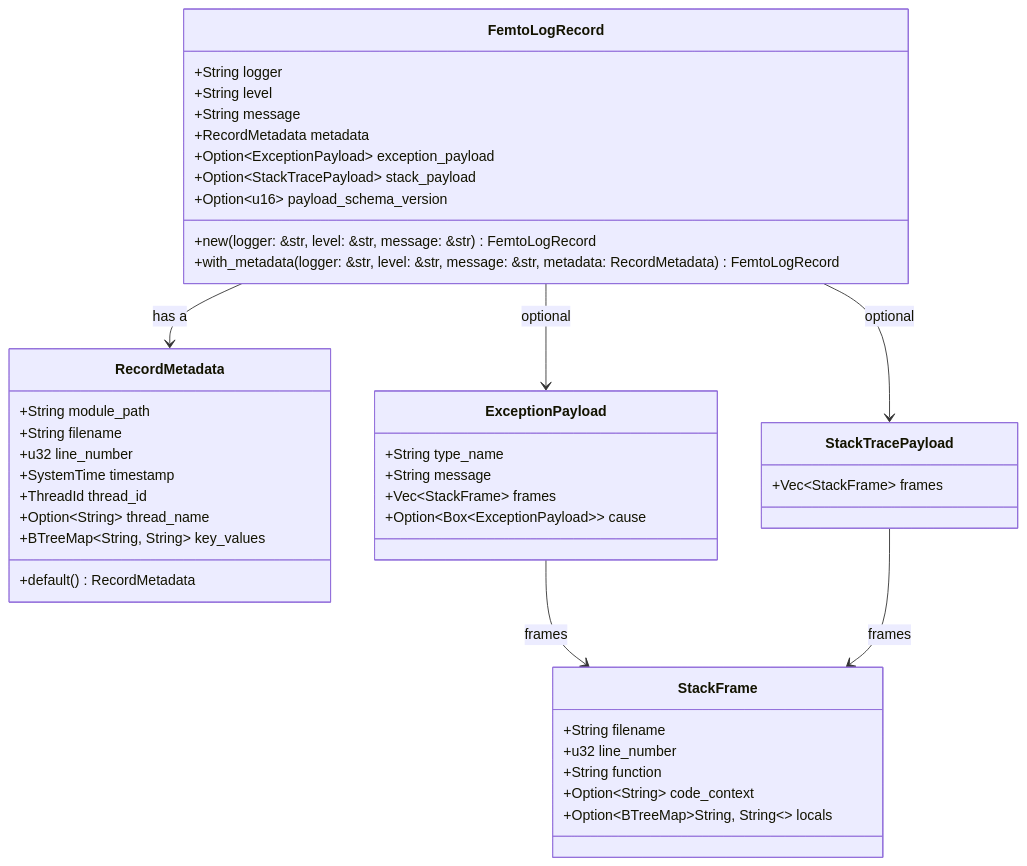
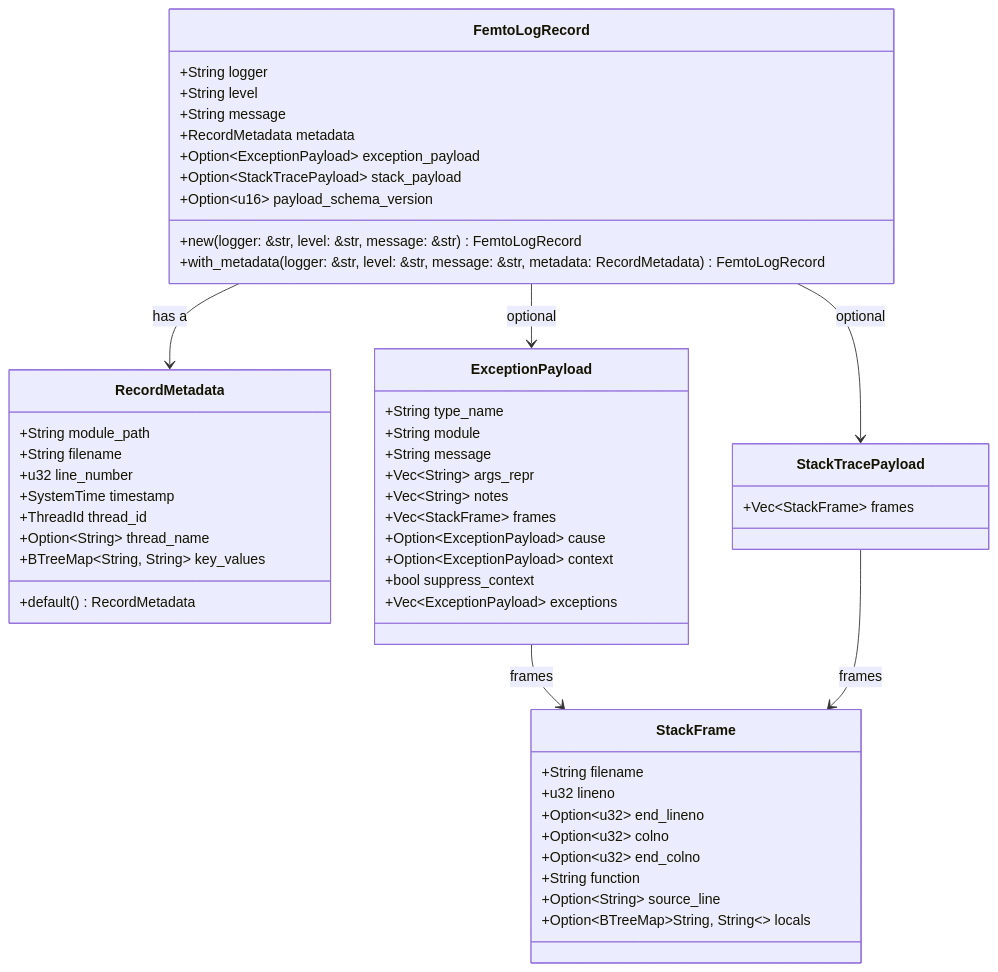
The third of 5 diagrams in docs/rust-multithreaded-logging-framework-for-python-design.md (leynos/femtologging), drawn with Mermaid before and after one commit. The commit also changed other lines of this file, not shown here.

First line of the commit message:
docs(logging): update exception and stack payload schema for Python 3.12+

````diff
--- a/docs/rust-multithreaded-logging-framework-for-python-design.md
+++ b/docs/rust-multithreaded-logging-framework-for-python-design.md
@@ -466,45 +481,54 @@
 ```mermaid
 classDiagram
     class FemtoLogRecord {
         +String logger
         +String level
         +String message
         +RecordMetadata metadata
         +Option~ExceptionPayload~ exception_payload
         +Option~StackTracePayload~ stack_payload
         +Option~u16~ payload_schema_version
         +new(logger: &str, level: &str, message: &str) FemtoLogRecord
         +with_metadata(logger: &str, level: &str, message: &str, metadata: RecordMetadata) FemtoLogRecord
     }
     class RecordMetadata {
         +String module_path
         +String filename
         +u32 line_number
         +SystemTime timestamp
         +ThreadId thread_id
         +Option~String~ thread_name
         +BTreeMap~String, String~ key_values
         +default() RecordMetadata
     }
     class ExceptionPayload {
         +String type_name
+        +String module
         +String message
+        +Vec~String~ args_repr
+        +Vec~String~ notes
         +Vec~StackFrame~ frames
-        +Option~Box~ExceptionPayload~~ cause
+        +Option~ExceptionPayload~ cause
+        +Option~ExceptionPayload~ context
+        +bool suppress_context
+        +Vec~ExceptionPayload~ exceptions
     }
     class StackTracePayload {
         +Vec~StackFrame~ frames
     }
     class StackFrame {
         +String filename
-        +u32 line_number
+        +u32 lineno
+        +Option~u32~ end_lineno
+        +Option~u32~ colno
+        +Option~u32~ end_colno
         +String function
-        +Option~String~ code_context
+        +Option~String~ source_line
         +Option~BTreeMap~String, String~~ locals
     }
     FemtoLogRecord --> RecordMetadata : has a
     FemtoLogRecord --> ExceptionPayload : optional
     FemtoLogRecord --> StackTracePayload : optional
     ExceptionPayload --> StackFrame : frames
     StackTracePayload --> StackFrame : frames
 ```
````
